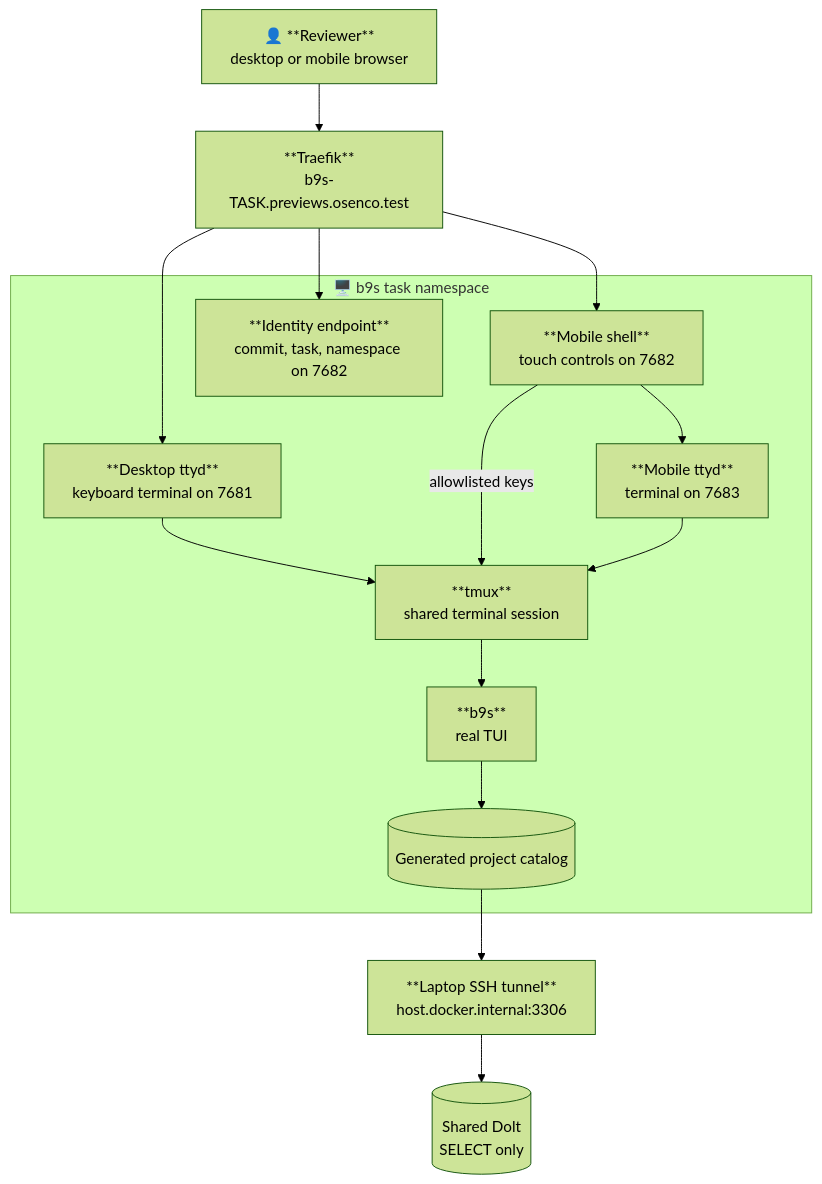
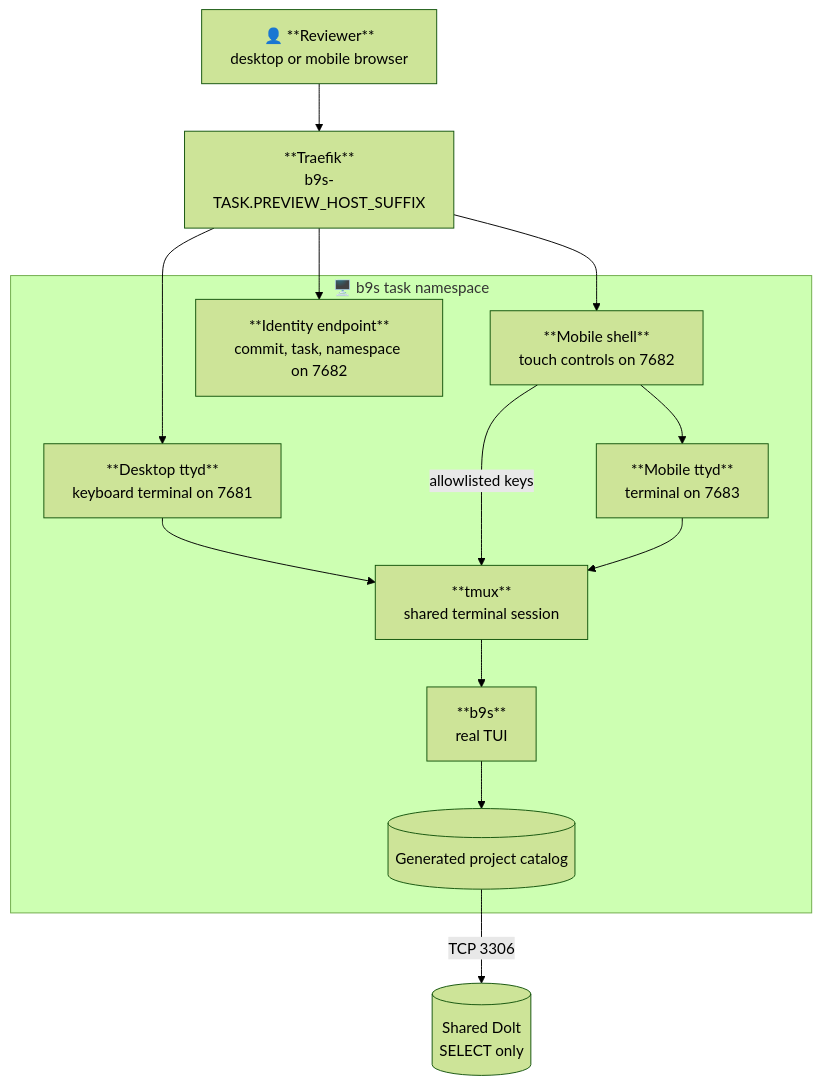
The diagram in docs/preview-contract.md (elmpp/b9s), drawn with Mermaid (forest theme) before and after one commit. The commit also changed other lines of this file and 5 other files, not shown here.

````diff
--- a/docs/preview-contract.md
+++ b/docs/preview-contract.md
@@ -51,31 +74,29 @@
 ```mermaid
 graph TB
     USER["👤 **Reviewer**<br/>desktop or mobile browser"]
-    TRAEFIK["**Traefik**<br/>b9s-TASK.previews.osenco.test"]
+    TRAEFIK["**Traefik**<br/>b9s-TASK.PREVIEW_HOST_SUFFIX"]
 
     subgraph NS["🖥️ b9s task namespace"]
         DESKTOP["**Desktop ttyd**<br/>keyboard terminal on 7681"]
         MOBILE["**Mobile shell**<br/>touch controls on 7682"]
         TTYD["**Mobile ttyd**<br/>terminal on 7683"]
         TMUX["**tmux**<br/>shared terminal session"]
         B9S["**b9s**<br/>real TUI"]
         ID["**Identity endpoint**<br/>commit, task, namespace on 7682"]
         CATALOG[("Generated project catalog")]
         DESKTOP --> TMUX
         MOBILE -->|"allowlisted keys"| TMUX
         MOBILE --> TTYD
         TTYD --> TMUX
         TMUX --> B9S
         B9S --> CATALOG
     end
 
-    TUNNEL["**Laptop SSH tunnel**<br/>host.docker.internal:3306"]
     DOLT[("Shared Dolt<br/>SELECT only")]
 
     USER --> TRAEFIK
     TRAEFIK --> DESKTOP
     TRAEFIK --> MOBILE
     TRAEFIK --> ID
-    CATALOG --> TUNNEL
-    TUNNEL --> DOLT
+    CATALOG -->|"TCP 3306"| DOLT
 ```
````
